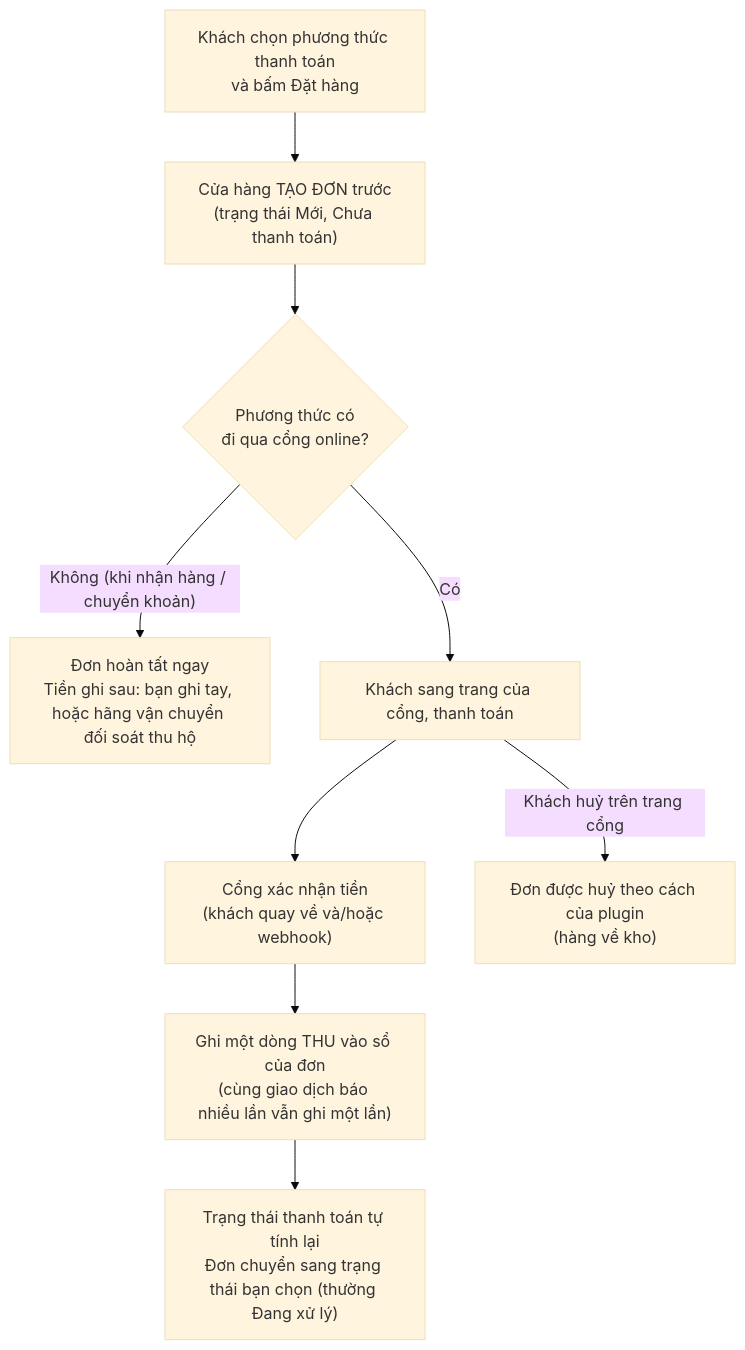
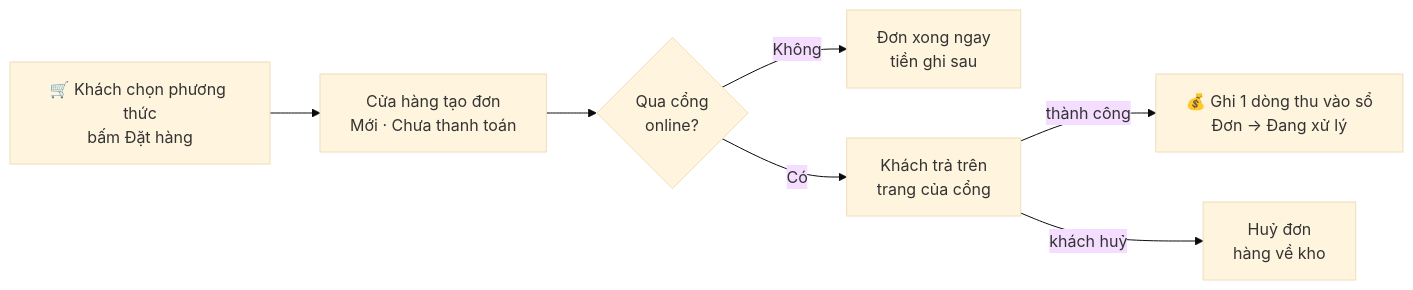
The first of 2 diagrams in s-cart/payment/payment_vi.md (gp247net/gp247-docs), drawn with Mermaid (base theme) before and after one commit. The commit also changed other lines of this file and 3 other files, not shown here.

First line of the commit message:
docs(s-cart): compact left-to-right overview charts for shipping and payment

````diff
--- a/s-cart/payment/payment_vi.md
+++ b/s-cart/payment/payment_vi.md
@@ -32,11 +32,9 @@
 ```mermaid
-flowchart TD
-    A["Khách chọn phương thức thanh toán<br/>và bấm Đặt hàng"] --> B["Cửa hàng TẠO ĐƠN trước<br/>(trạng thái Mới, Chưa thanh toán)"]
-    B --> C{"Phương thức có<br/>đi qua cổng online?"}
-    C -- "Không (khi nhận hàng / chuyển khoản)" --> D["Đơn hoàn tất ngay<br/>Tiền ghi sau: bạn ghi tay, hoặc hãng vận chuyển đối soát thu hộ"]
-    C -- "Có" --> E["Khách sang trang của cổng, thanh toán"]
-    E --> F["Cổng xác nhận tiền<br/>(khách quay về và/hoặc webhook)"]
-    F --> G["Ghi một dòng THU vào sổ của đơn<br/>(cùng giao dịch báo nhiều lần vẫn ghi một lần)"]
-    G --> H["Trạng thái thanh toán tự tính lại<br/>Đơn chuyển sang trạng thái bạn chọn (thường Đang xử lý)"]
-    E -- "Khách huỷ trên trang cổng" --> I["Đơn được huỷ theo cách của plugin<br/>(hàng về kho)"]
+flowchart LR
+    A["🛒 Khách chọn phương thức<br/>bấm Đặt hàng"] --> B["Cửa hàng tạo đơn<br/>Mới · Chưa thanh toán"]
+    B --> C{"Qua cổng<br/>online?"}
+    C -- "Không" --> D["Đơn xong ngay<br/>tiền ghi sau"]
+    C -- "Có" --> E["Khách trả trên<br/>trang của cổng"]
+    E -- "thành công" --> G["💰 Ghi 1 dòng thu vào sổ<br/>Đơn → Đang xử lý"]
+    E -- "khách huỷ" --> I["Huỷ đơn<br/>hàng về kho"]
 ```
````
